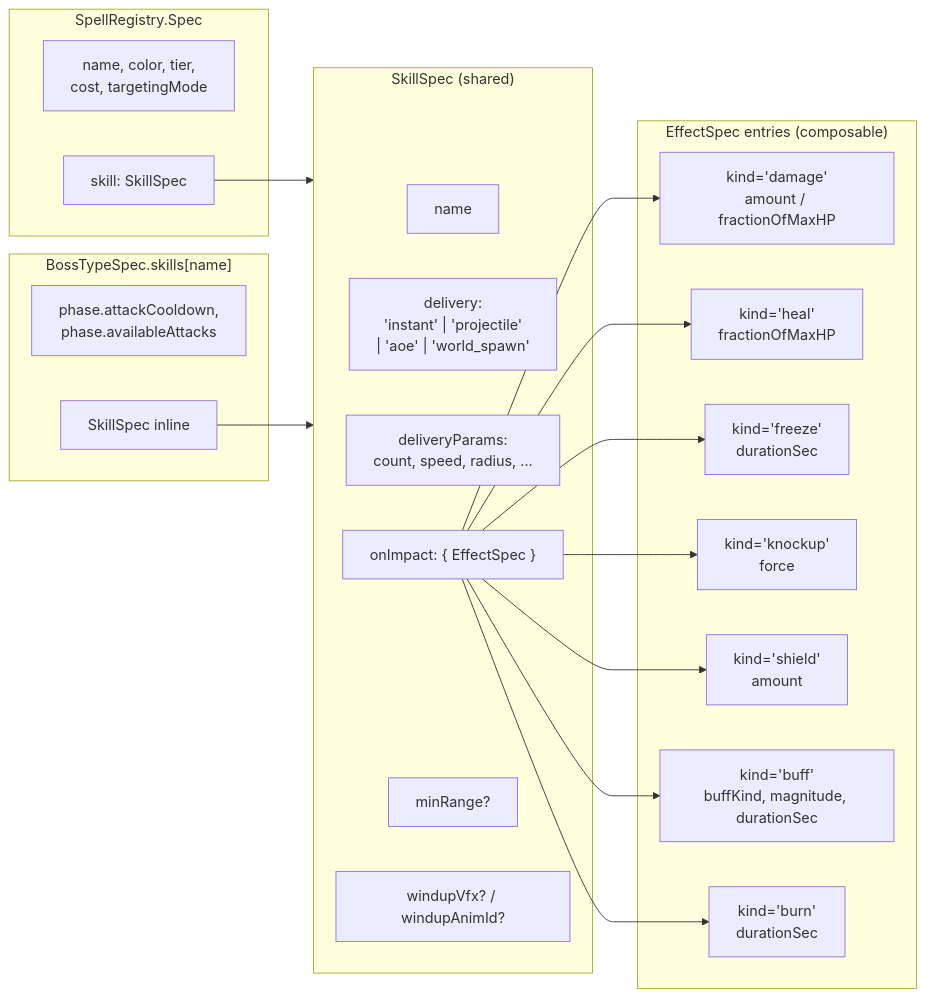
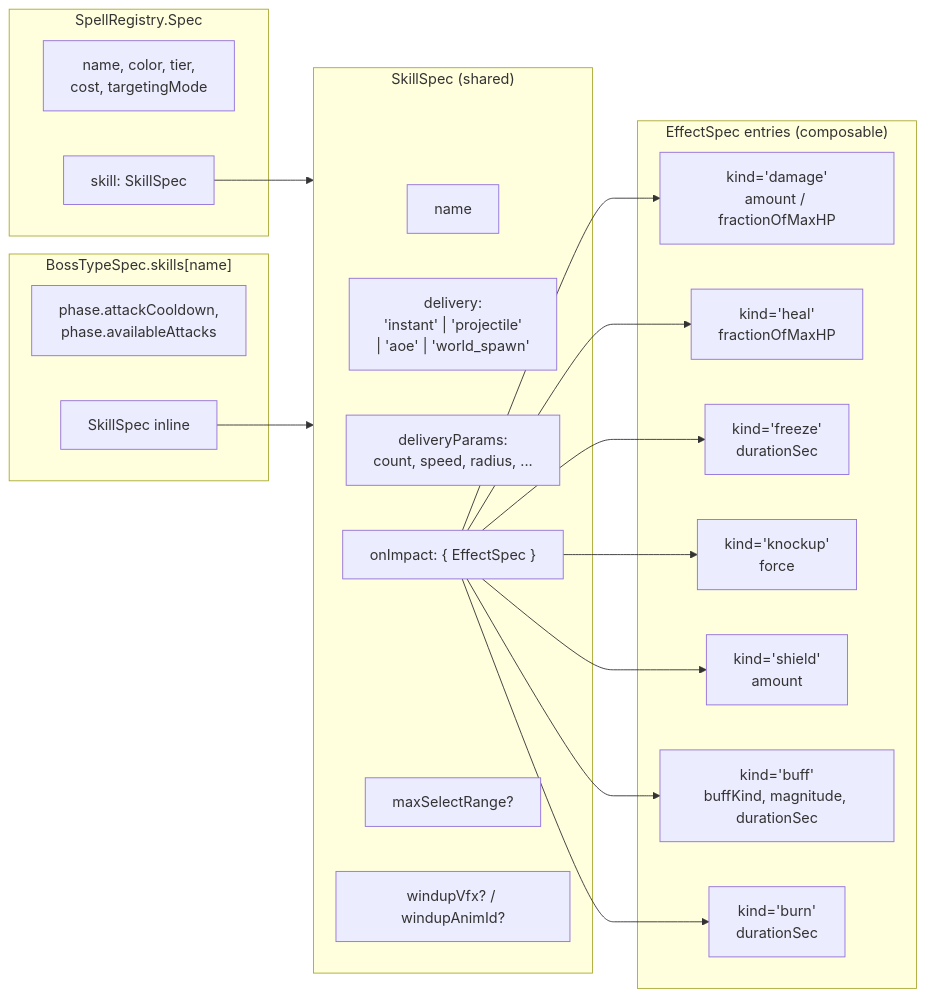
One commit to Lukizanda/brain-fighter changed the second of 5 diagrams in wiki/systems/SkillPipeline.md. Above: the diagram before and after it, drawn with Mermaid. The commit also changed other lines of this file and 25 other files, not shown here.

````diff
--- a/wiki/systems/SkillPipeline.md
+++ b/wiki/systems/SkillPipeline.md
@@ -64,41 +64,41 @@
 ```mermaid
 graph LR
     subgraph PlayerWrapper["SpellRegistry.Spec"]
         W1["name, color, tier,<br/>cost, targetingMode"]
         S1["skill: SkillSpec"]
     end
 
     subgraph BossWrapper["BossTypeSpec.skills[name]"]
         W2["phase.attackCooldown,<br/>phase.availableAttacks"]
         S2["SkillSpec inline"]
     end
 
     subgraph SkillCore["SkillSpec (shared)"]
         SN["name"]
         SD["delivery:<br/>'instant' | 'projectile'<br/>| 'aoe' | 'world_spawn'"]
         SDP["deliveryParams:<br/>count, speed, radius, ..."]
         SOI["onImpact: { EffectSpec }"]
-        SVF["minRange?"]
+        SVF["maxSelectRange?"]
         SSF["windupVfx? / windupAnimId?"]
     end
 
     subgraph Effects["EffectSpec entries (composable)"]
         E1["kind='damage'<br/>amount / fractionOfMaxHP"]
         E2["kind='heal'<br/>fractionOfMaxHP"]
         E3["kind='freeze'<br/>durationSec"]
         E4["kind='knockup'<br/>force"]
         E5["kind='shield'<br/>amount"]
         E6["kind='buff'<br/>buffKind, magnitude, durationSec"]
         E7["kind='burn'<br/>durationSec"]
     end
 
     S1 --> SkillCore
     S2 --> SkillCore
     SOI --> E1
     SOI --> E2
     SOI --> E3
     SOI --> E4
     SOI --> E5
     SOI --> E6
     SOI --> E7
 ```
````
